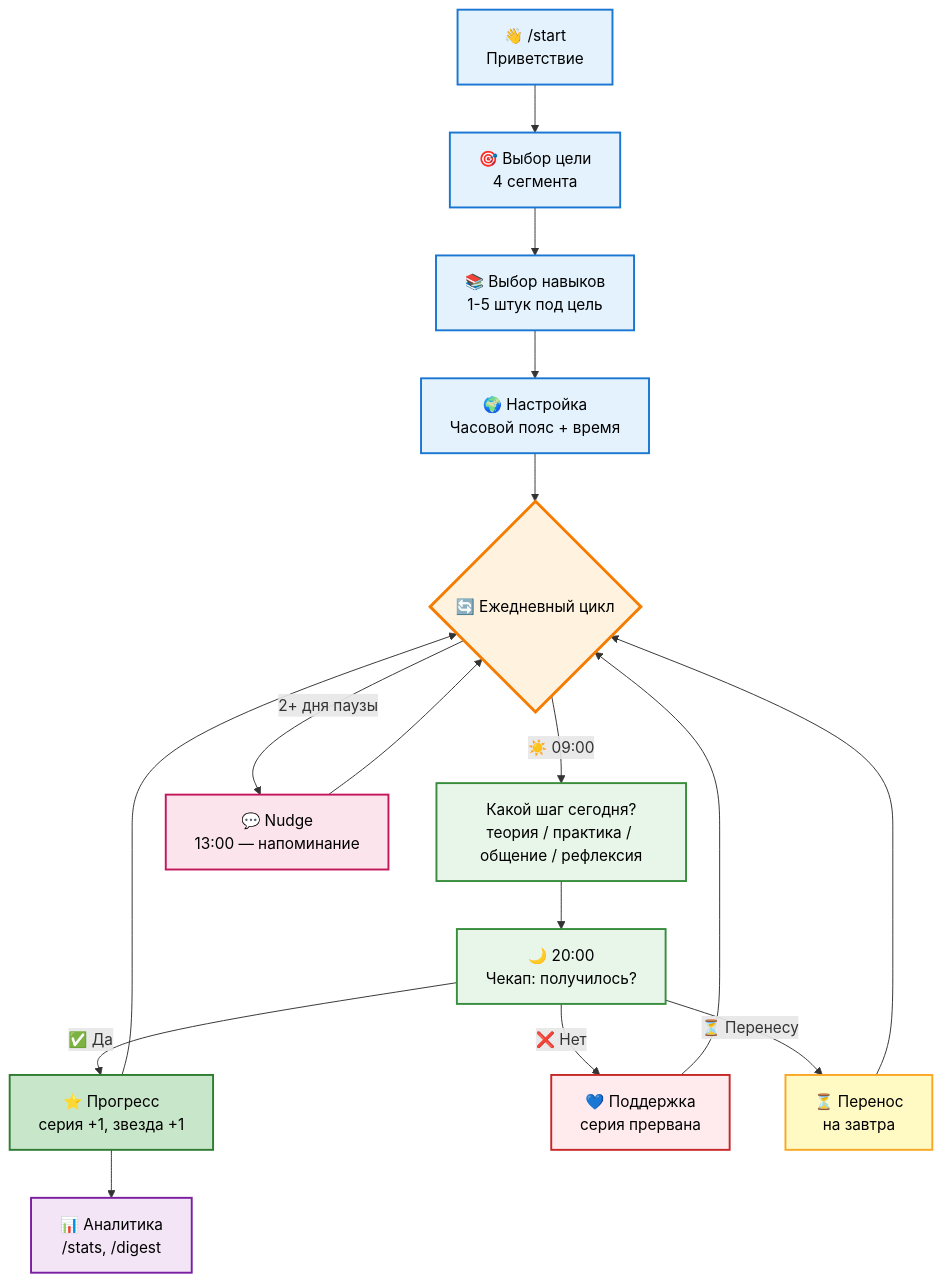
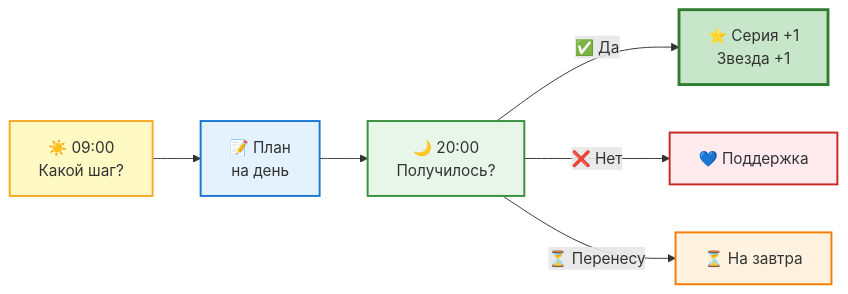
One commit to Ekaterinak-2026/SkillUpCoachBot2 changed the second of 3 diagrams in docs/PRODUCT.md. Above: the diagram before and after it, drawn with Mermaid. The commit also changed other lines of this file, not shown here.

Commit message:
Split user path into three clean diagrams

````diff
--- a/docs/PRODUCT.md
+++ b/docs/PRODUCT.md
@@ -98,35 +116,15 @@
 ```mermaid
-flowchart TD
-    A["👋 /start<br/>Приветствие"] --> B["🎯 Выбор цели<br/>4 сегмента"]
-    B --> C["📚 Выбор навыков<br/>1-5 штук под цель"]
-    C --> D["🌍 Настройка<br/>Часовой пояс + время"]
-    D --> E{"🔄 Ежедневный цикл"}
+flowchart LR
+    M["☀️ 09:00<br/>Какой шаг?"] --> P["📝 План<br/>на день"]
+    P --> E["🌙 20:00<br/>Получилось?"]
+    E -->|✅ Да| S["⭐ Серия +1<br/>Звезда +1"]
+    E -->|❌ Нет| F["💙 Поддержка"]
+    E -->|⏳ Перенесу| T["⏳ На завтра"]
 
-    E -->|☀️ 09:00| F["Какой шаг сегодня?<br/>теория / практика / общение / рефлексия"]
-    F --> G["🌙 20:00<br/>Чекап: получилось?"]
-    G -->|✅ Да| H["⭐ Прогресс<br/>серия +1, звезда +1"]
-    G -->|❌ Нет| I["💙 Поддержка<br/>серия прервана"]
-    G -->|⏳ Перенесу| J["⏳ Перенос<br/>на завтра"]
-
-    H --> E
-    I --> E
-    J --> E
-
-    H --> K["📊 Аналитика<br/>/stats, /digest"]
-
-    E -->|2+ дня паузы| L["💬 Nudge<br/>13:00 — напоминание"]
-    L --> E
-
-    style A fill:#E3F2FD,stroke:#1976D2,stroke-width:2px,color:#000
-    style B fill:#E3F2FD,stroke:#1976D2,stroke-width:2px,color:#000
-    style C fill:#E3F2FD,stroke:#1976D2,stroke-width:2px,color:#000
-    style D fill:#E3F2FD,stroke:#1976D2,stroke-width:2px,color:#000
-    style E fill:#FFF3E0,stroke:#F57C00,stroke-width:3px,color:#000
-    style F fill:#E8F5E9,stroke:#388E3C,stroke-width:2px,color:#000
-    style G fill:#E8F5E9,stroke:#388E3C,stroke-width:2px,color:#000
-    style H fill:#C8E6C9,stroke:#2E7D32,stroke-width:2px,color:#000
-    style I fill:#FFEBEE,stroke:#C62828,stroke-width:2px,color:#000
-    style J fill:#FFF9C4,stroke:#F9A825,stroke-width:2px,color:#000
-    style K fill:#F3E5F5,stroke:#7B1FA2,stroke-width:2px,color:#000
-    style L fill:#FCE4EC,stroke:#C2185B,stroke-width:2px,color:#000
+    style M fill:#FFF9C4,stroke:#F9A825,stroke-width:2px
+    style P fill:#E3F2FD,stroke:#1976D2,stroke-width:2px
+    style E fill:#E8F5E9,stroke:#388E3C,stroke-width:2px
+    style S fill:#C8E6C9,stroke:#2E7D32,stroke-width:3px
+    style F fill:#FFEBEE,stroke:#C62828,stroke-width:2px
+    style T fill:#FFF3E0,stroke:#F57C00,stroke-width:2px
 ```
````
